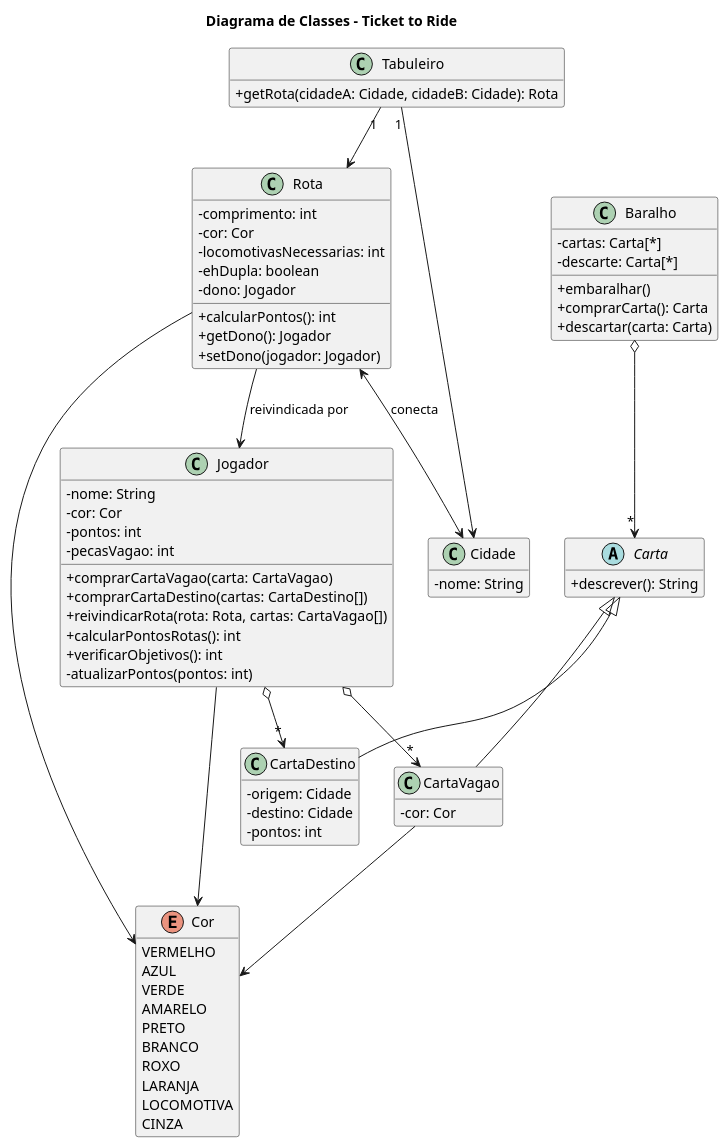
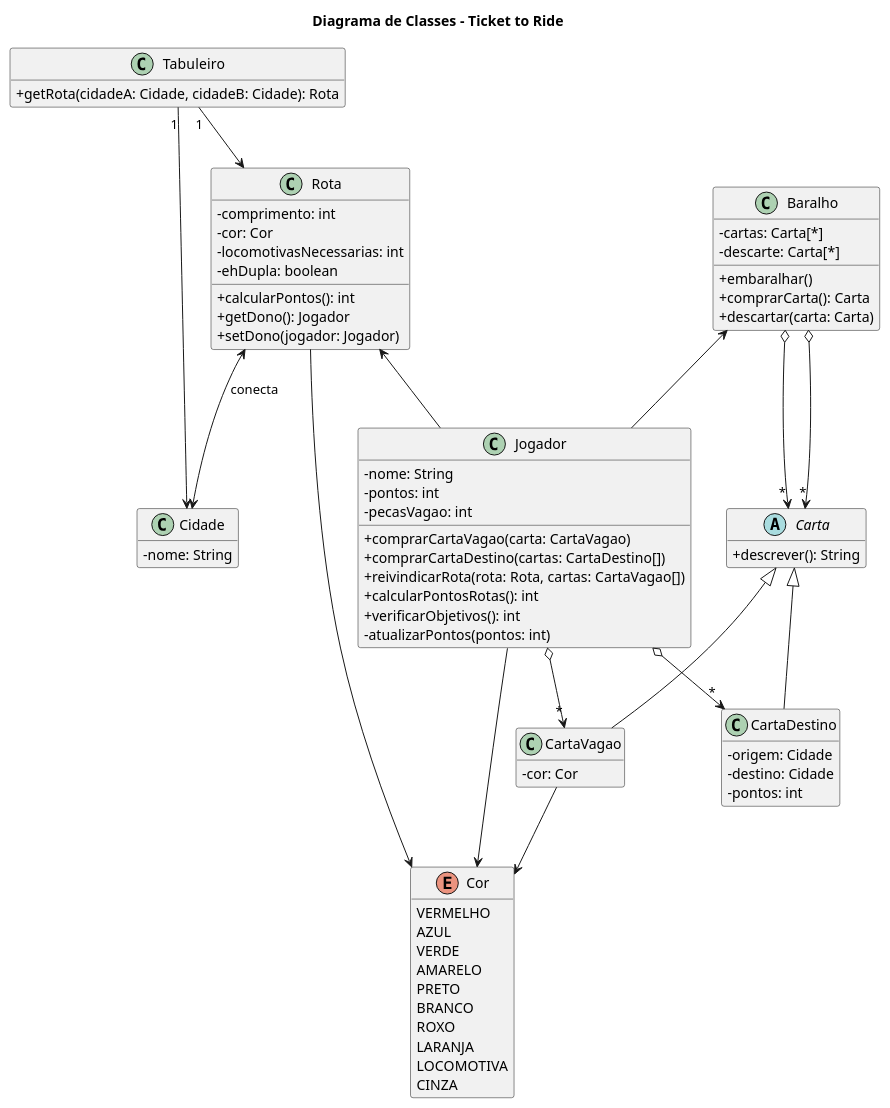
One commit to Langsch/ticket_to_ride changed the diagram in docs/diagramas/Diagrama de Classes.puml. Above: the diagram before and after it, drawn with PlantUML. The commit also changed 2 other files, not shown here.

```diff
--- a/docs/diagramas/Diagrama de Classes.puml
+++ b/docs/diagramas/Diagrama de Classes.puml
@@ -1,85 +1,85 @@
 @startuml Diagrama de classes
 skinparam classAttributeIconSize 0
 hide empty members
 title Diagrama de Classes - Ticket to Ride
 
 enum Cor {
   VERMELHO
   AZUL
   VERDE
   AMARELO
   PRETO
   BRANCO
   ROXO
   LARANJA
   LOCOMOTIVA
   CINZA
 }
 
 class Tabuleiro {
   + getRota(cidadeA: Cidade, cidadeB: Cidade): Rota
 }
 
 class Cidade {
   - nome: String
 }
 
 class Rota {
   - comprimento: int
   - cor: Cor
   - locomotivasNecessarias: int
   - ehDupla: boolean
-  - dono: Jogador
   + calcularPontos(): int
   + getDono(): Jogador
   + setDono(jogador: Jogador)
 }
 
 class Jogador {
   - nome: String
-  - cor: Cor
   - pontos: int
   - pecasVagao: int
   + comprarCartaVagao(carta: CartaVagao)
   + comprarCartaDestino(cartas: CartaDestino[])
   + reivindicarRota(rota: Rota, cartas: CartaVagao[])
   + calcularPontosRotas(): int
   + verificarObjetivos(): int
   - atualizarPontos(pontos: int)
 }
 
 abstract class Carta {
   + descrever(): String
 }
 
 class CartaVagao extends Carta {
   - cor: Cor
 }
 
 class CartaDestino extends Carta {
   - origem: Cidade
   - destino: Cidade
   - pontos: int
 }
 
 class Baralho {
   - cartas: Carta[*]
   - descarte: Carta[*]
   + embaralhar()
   + comprarCarta(): Carta
   + descartar(carta: Carta)
 }
 
 ' Relacionamentos
 Tabuleiro "1" -->  Cidade
 Tabuleiro "1" -->  Rota
 Rota <--> Cidade : conecta
-Rota --> Jogador : reivindicada por
+Rota <-- Jogador
+Baralho <-- Jogador
 Jogador o--> "*" CartaVagao
 Jogador o--> "*" CartaDestino
+Baralho o--> "*" Carta
 Baralho o--> "*" Carta
 Jogador --> Cor
 Rota --> Cor
 CartaVagao --> Cor
 
 @enduml
```
